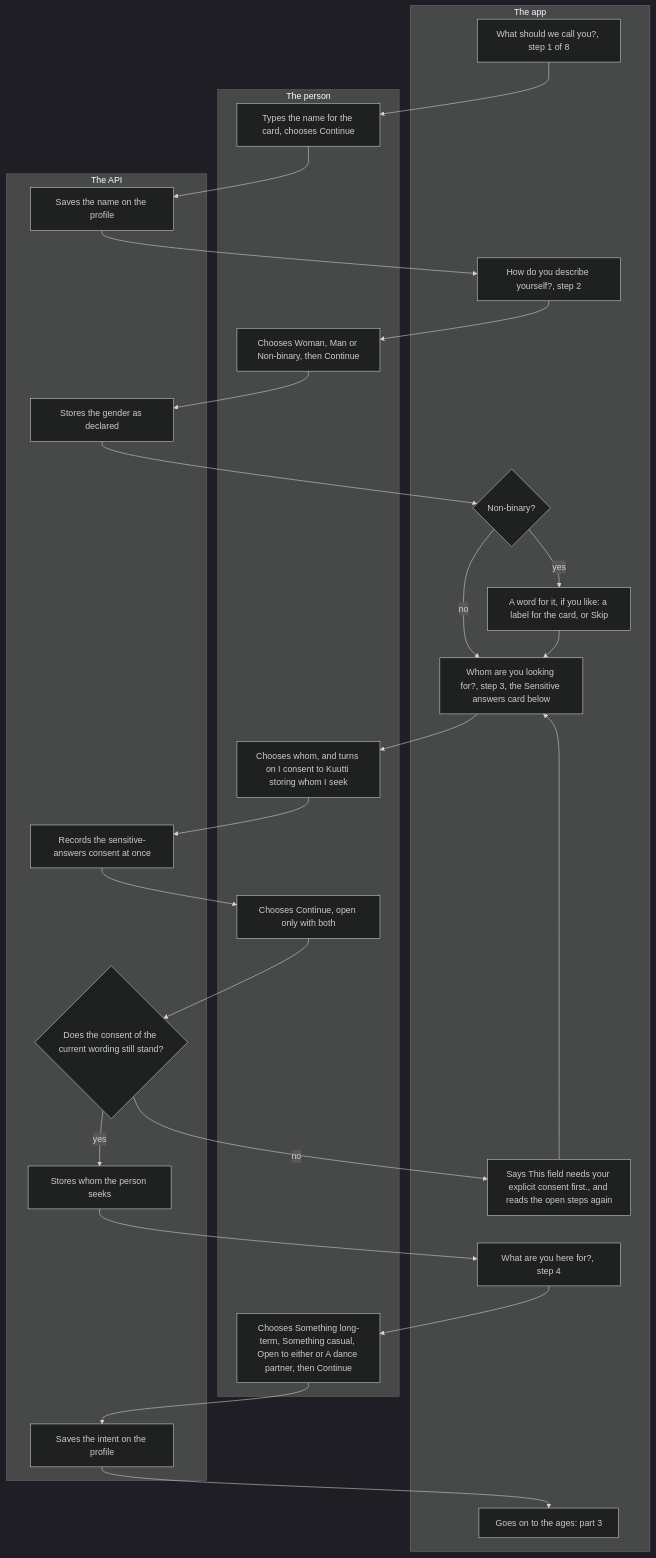
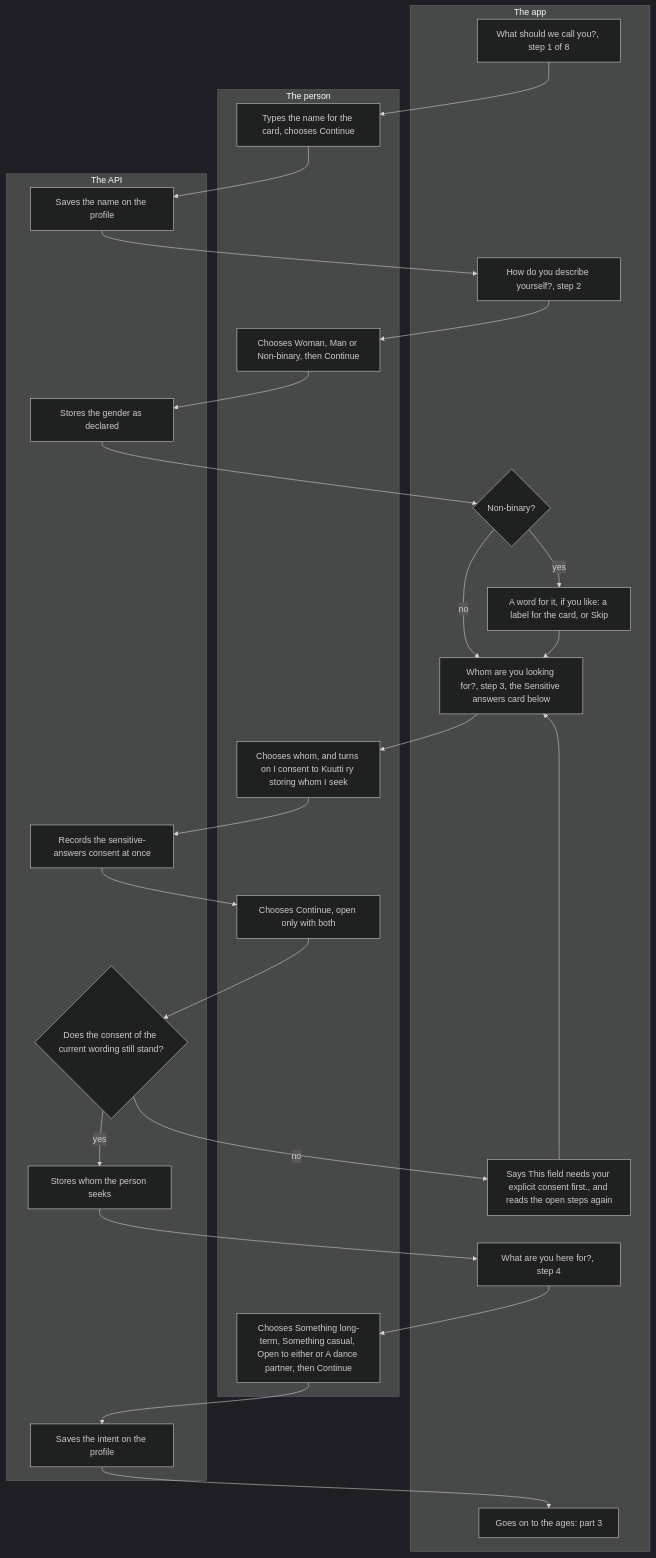
The second of 3 diagrams in docs/flows/onboarding.md (kuutti-ry/kumpa-app), drawn with Mermaid (dark theme) before and after one commit. The commit also changed other lines of this file and 106 other files, not shown here.

````diff
--- a/docs/flows/onboarding.md
+++ b/docs/flows/onboarding.md
@@ -103,50 +103,50 @@
 ```mermaid
 flowchart TB
   accTitle: Onboarding, part 2: the name, the gender, whom one seeks and the intent
   accDescr: Steps 1 to 4 of 8. The person types the name for their card, declares their gender, and after non-binary may add a label. They choose whom they seek and give the sensitive-answers consent on the same screen; Continue opens only with both, and an answer that reaches the API without the consent of the current wording is refused and said. Then they choose what they are here for.
   subgraph person["The person"]
     s20["Types the name for the card, chooses Continue"]
     s23["Chooses Woman, Man or Non-binary, then Continue"]
-    s28["Chooses whom, and turns on I consent to Kuutti storing whom I seek"]
+    s28["Chooses whom, and turns on I consent to Kuutti ry storing whom I seek"]
     s30["Chooses Continue, open only with both"]
     s35["Chooses Something long-term, Something casual, Open to either or A dance partner, then Continue"]
   end
   subgraph app["The app"]
     s19["What should we call you?, step 1 of 8"]
     s22["How do you describe yourself?, step 2"]
     s25{"Non-binary?"}
     s26["A word for it, if you like: a label for the card, or Skip"]
     s27["Whom are you looking for?, step 3, the Sensitive answers card below"]
     s32["Says This field needs your explicit consent first., and reads the open steps again"]
     s34["What are you here for?, step 4"]
     s37["Goes on to the ages: part 3"]
   end
   subgraph api["The API"]
     s21["Saves the name on the profile"]
     s24["Stores the gender as declared"]
     s29["Records the sensitive-answers consent at once"]
     s31{"Does the consent of the current wording still stand?"}
     s33["Stores whom the person seeks"]
     s36["Saves the intent on the profile"]
   end
   s19 --> s20
   s20 --> s21
   s21 --> s22
   s22 --> s23
   s23 --> s24
   s24 --> s25
   s25 -->|"yes"| s26
   s25 -->|"no"| s27
   s26 --> s27
   s27 --> s28
   s28 --> s29
   s29 --> s30
   s30 --> s31
   s31 -->|"no"| s32
   s32 --> s27
   s31 -->|"yes"| s33
   s33 --> s34
   s34 --> s35
   s35 --> s36
   s36 --> s37
 ```
````
